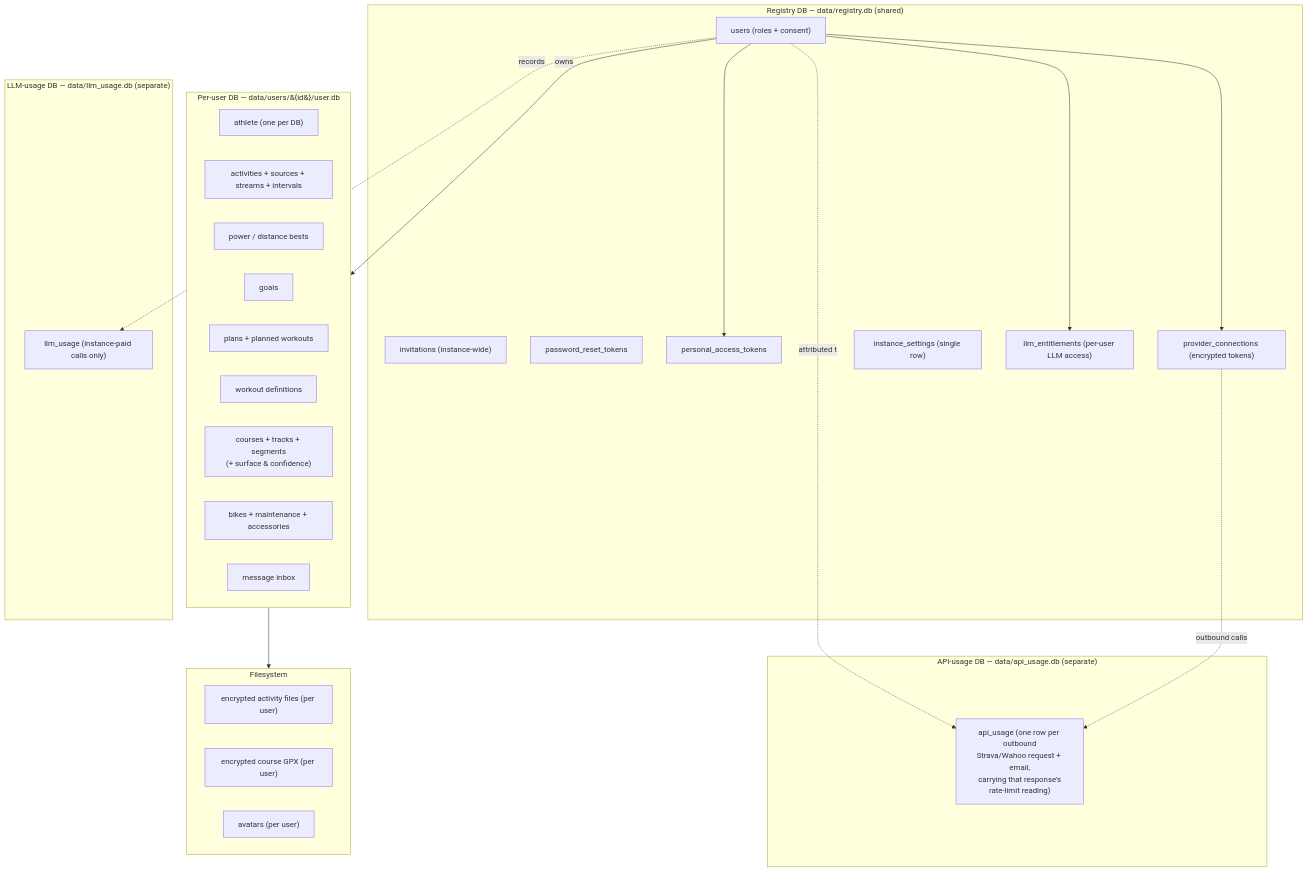
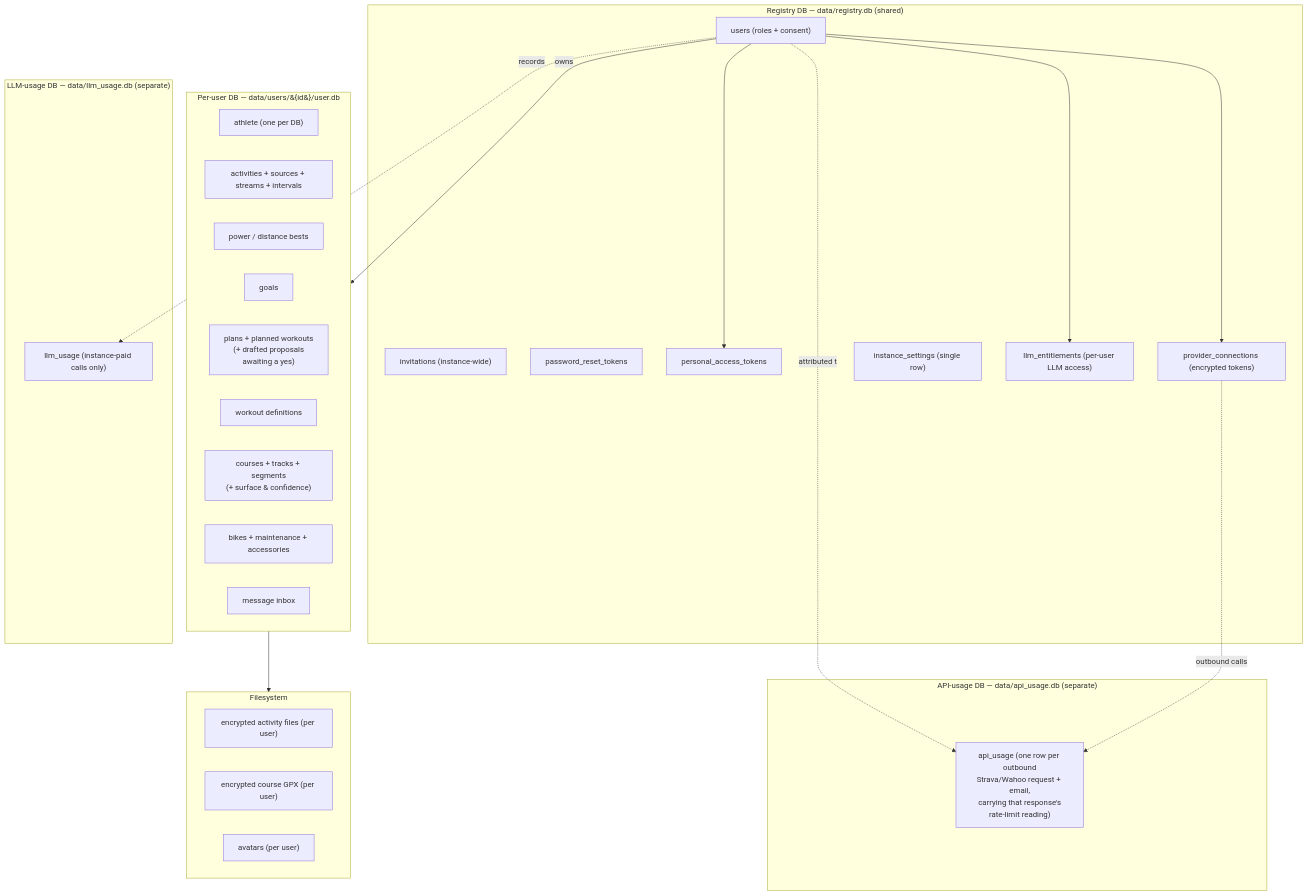
One commit to openkoutsi/openkoutsi-arch changed the diagram in docs/architecture/data-model.md. Above: the diagram before and after it, drawn with Mermaid. The commit also changed other lines of this file and 1 other file, not shown here.

````diff
--- a/docs/architecture/data-model.md
+++ b/docs/architecture/data-model.md
@@ -9,42 +9,42 @@
 ```mermaid
 flowchart TD
     subgraph Registry["Registry DB — data/registry.db (shared)"]
         U["users (roles + consent)"]
         I["invitations (instance-wide)"]
         PR["password_reset_tokens"]
         PAT["personal_access_tokens"]
         PC["provider_connections (encrypted tokens)"]
         IS["instance_settings (single row)"]
         EN["llm_entitlements (per-user LLM access)"]
     end
     subgraph Usage["LLM-usage DB — data/llm_usage.db (separate)"]
         LU["llm_usage (instance-paid calls only)"]
     end
     subgraph ApiUsage["API-usage DB — data/api_usage.db (separate)"]
         AU["api_usage (one row per outbound<br/>Strava/Wahoo request + email,<br/>carrying that response's<br/>rate-limit reading)"]
     end
     subgraph PerUser["Per-user DB — data/users/&#123;id&#125;/user.db"]
         Ath["athlete (one per DB)"]
         Act["activities + sources + streams + intervals"]
         Best["power / distance bests"]
         Goals["goals"]
-        Plans["plans + planned workouts"]
+        Plans["plans + planned workouts<br/>(+ drafted proposals<br/>awaiting a yes)"]
         Work["workout definitions"]
         Crs["courses + tracks + segments<br/>(+ surface & confidence)"]
         Grg["bikes + maintenance + accessories"]
         Msg["message inbox"]
     end
     subgraph Files["Filesystem"]
         Fit["encrypted activity files (per user)"]
         Crsf["encrypted course GPX (per user)"]
         Av["avatars (per user)"]
     end
     U -->|owns| PerUser
     U --> PC
     U --> EN
     U --> PAT
     U -.records.-> LU
     U -.attributed to.-> AU
     PC -.outbound calls.-> AU
     PerUser --> Files
 ```
````
